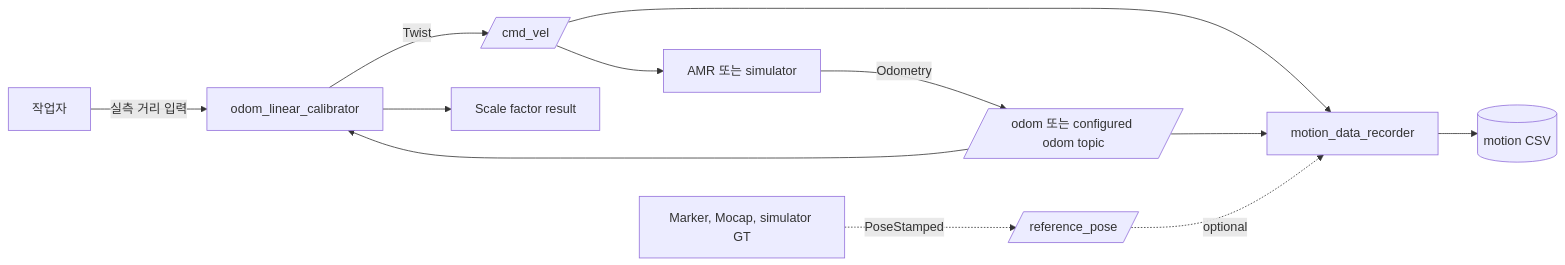
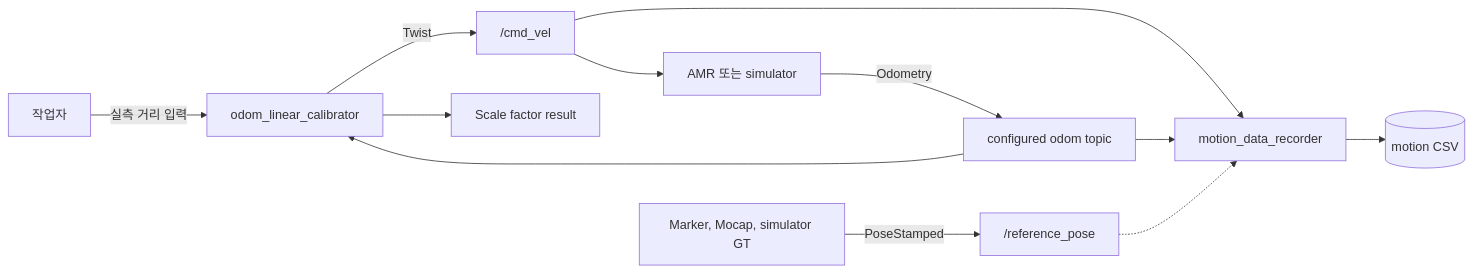
The first of 7 diagrams in docs/usage_and_architecture.md (grade-e/odometry-calibrator), drawn with Mermaid before and after one commit. The commit also changed other lines of this file, not shown here.

Commit message:
Fix Mermaid diagram formatting

````diff
--- a/docs/usage_and_architecture.md
+++ b/docs/usage_and_architecture.md
@@ -18,17 +18,17 @@
 ```mermaid
 flowchart LR
-    Operator[작업자] -->|실측 거리 입력| Calibrator[odom_linear_calibrator]
+    operator["작업자"] -->|실측 거리 입력| calibrator["odom_linear_calibrator"]
 
-    Calibrator -->|Twist| CmdVel[/cmd_vel/]
-    Robot[AMR 또는 simulator] -->|Odometry| Odom[/odom 또는 configured odom topic/]
-    CmdVel --> Robot
-    Odom --> Calibrator
+    calibrator -->|Twist| cmd_vel["/cmd_vel"]
+    robot["AMR 또는 simulator"] -->|Odometry| odom["configured odom topic"]
+    cmd_vel --> robot
+    odom --> calibrator
 
-    CmdVel --> Recorder[motion_data_recorder]
-    Odom --> Recorder
-    Reference[Marker, Mocap, simulator GT] -. PoseStamped .-> RefTopic[/reference_pose/]
-    RefTopic -. optional .-> Recorder
+    cmd_vel --> recorder["motion_data_recorder"]
+    odom --> recorder
+    reference_source["Marker, Mocap, simulator GT"] -->|PoseStamped| reference_pose["/reference_pose"]
+    reference_pose -.-> recorder
 
-    Recorder --> CSV[(motion CSV)]
-    Calibrator --> Result[Scale factor result]
+    recorder --> csv[("motion CSV")]
+    calibrator --> result["Scale factor result"]
 ```
````
